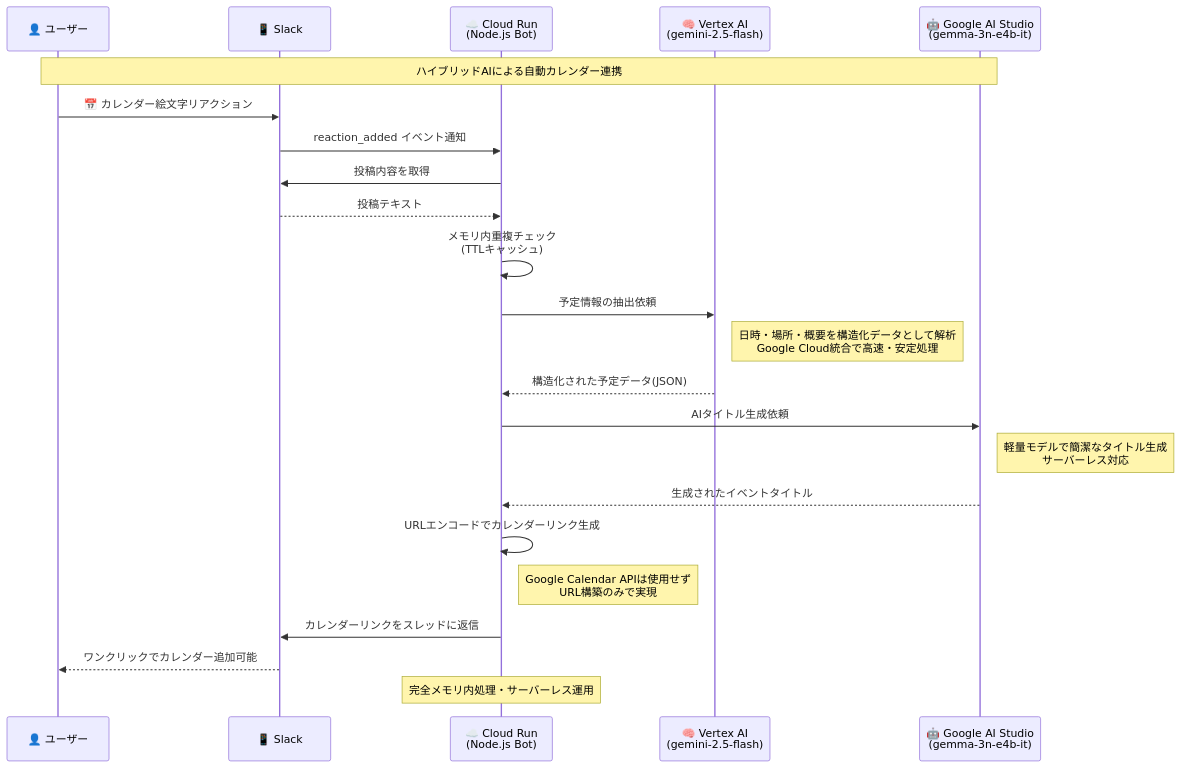
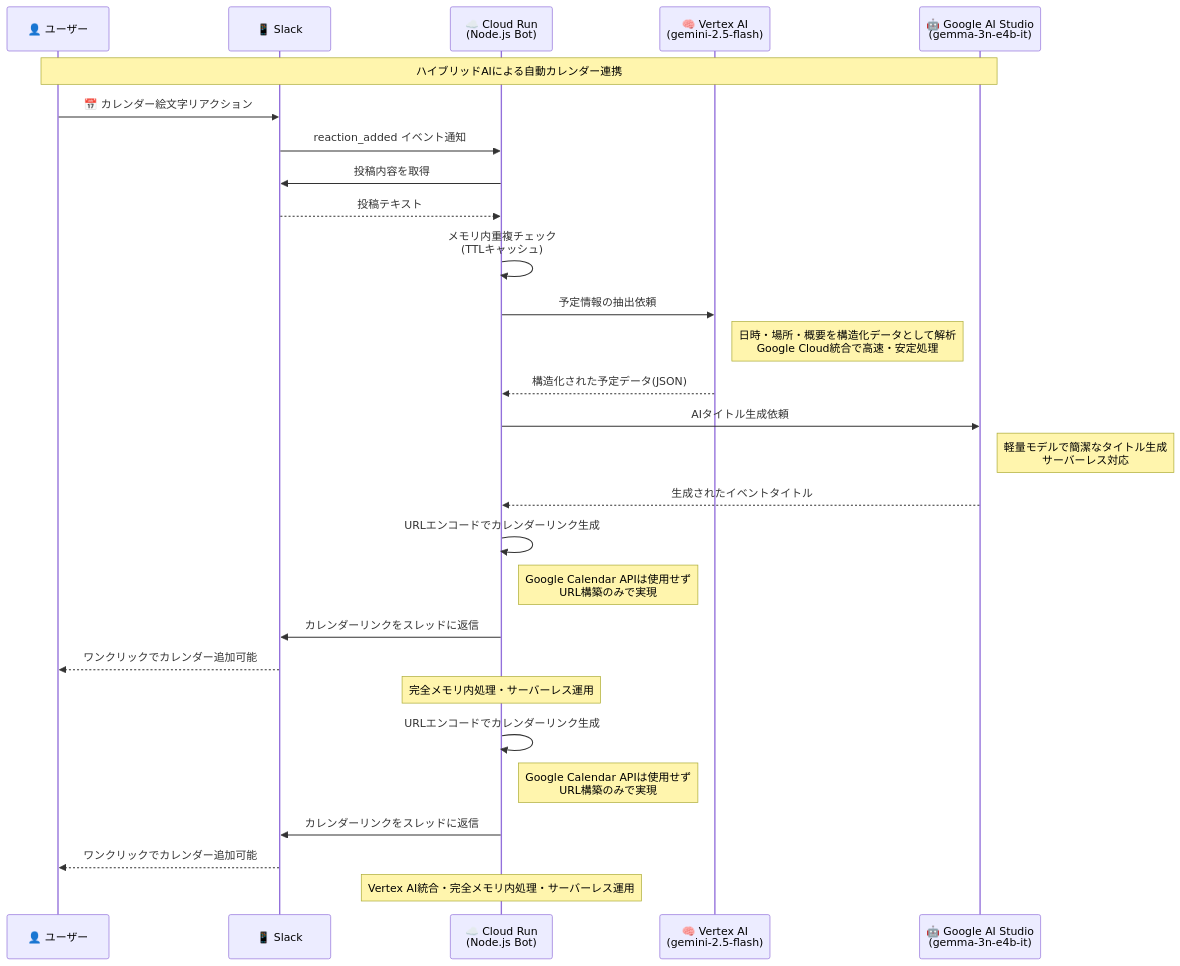
The first of 5 diagrams in README.md (matsuvr/calendar-slack-bot), drawn with Mermaid before and after one commit.

Commit message:
fix: READMEの技術的アイデアセクションのフォーマット修正と不整合の解消

````diff
--- a/README.md
+++ b/README.md
@@ -25,34 +27,42 @@
 ```mermaid
 sequenceDiagram
     participant User as 👤 ユーザー
     participant Slack as 📱 Slack
     participant CloudRun as ☁️ Cloud Run<br/>(Node.js Bot)
     participant VertexAI as 🧠 Vertex AI<br/>(gemini-2.5-flash)
     participant GoogleAI as 🤖 Google AI Studio<br/>(gemma-3n-e4b-it)
 
     Note over User,GoogleAI: ハイブリッドAIによる自動カレンダー連携
 
     User->>Slack: 📅 カレンダー絵文字リアクション
     Slack->>CloudRun: reaction_added イベント通知
     
     CloudRun->>Slack: 投稿内容を取得
     Slack-->>CloudRun: 投稿テキスト
     
     CloudRun->>CloudRun: メモリ内重複チェック<br/>(TTLキャッシュ)
     
     CloudRun->>VertexAI: 予定情報の抽出依頼
     Note right of VertexAI: 日時・場所・概要を構造化データとして解析<br/>Google Cloud統合で高速・安定処理
     VertexAI-->>CloudRun: 構造化された予定データ(JSON)
     
     CloudRun->>GoogleAI: AIタイトル生成依頼
     Note right of GoogleAI: 軽量モデルで簡潔なタイトル生成<br/>サーバーレス対応
     GoogleAI-->>CloudRun: 生成されたイベントタイトル
     
     CloudRun->>CloudRun: URLエンコードでカレンダーリンク生成
     Note right of CloudRun: Google Calendar APIは使用せず<br/>URL構築のみで実現
     
     CloudRun->>Slack: カレンダーリンクをスレッドに返信
     Slack-->>User: ワンクリックでカレンダー追加可能
     
     Note over CloudRun: 完全メモリ内処理・サーバーレス運用
+    
+    CloudRun->>CloudRun: URLエンコードでカレンダーリンク生成
+    Note right of CloudRun: Google Calendar APIは使用せず<br/>URL構築のみで実現
+    
+    CloudRun->>Slack: カレンダーリンクをスレッドに返信
+    Slack-->>User: ワンクリックでカレンダー追加可能
+    
+    Note over CloudRun: Vertex AI統合・完全メモリ内処理・サーバーレス運用
 ```
````
